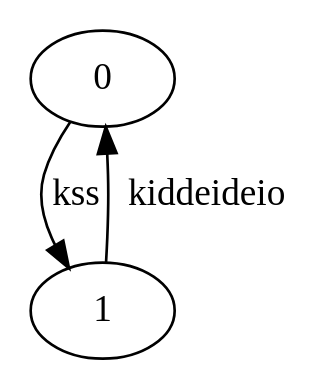
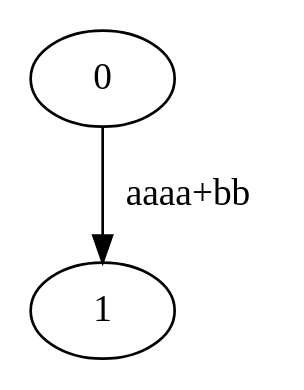
Before and after one commit to igorbragaia/CTC-34: the diagram in projeto_1/test-output/graph.gv, drawn with Graphviz. The commit also changed 6 other files, not shown here.

```diff
--- a/projeto_1/test-output/graph.gv
+++ b/projeto_1/test-output/graph.gv
@@ -1,6 +1,5 @@
 digraph {
 	0
 	1
-	0 -> 1 [label=kss]
-	1 -> 0 [label=kiddeideio]
+	0 -> 1 [label="aaaa+bb"]
 }
```
